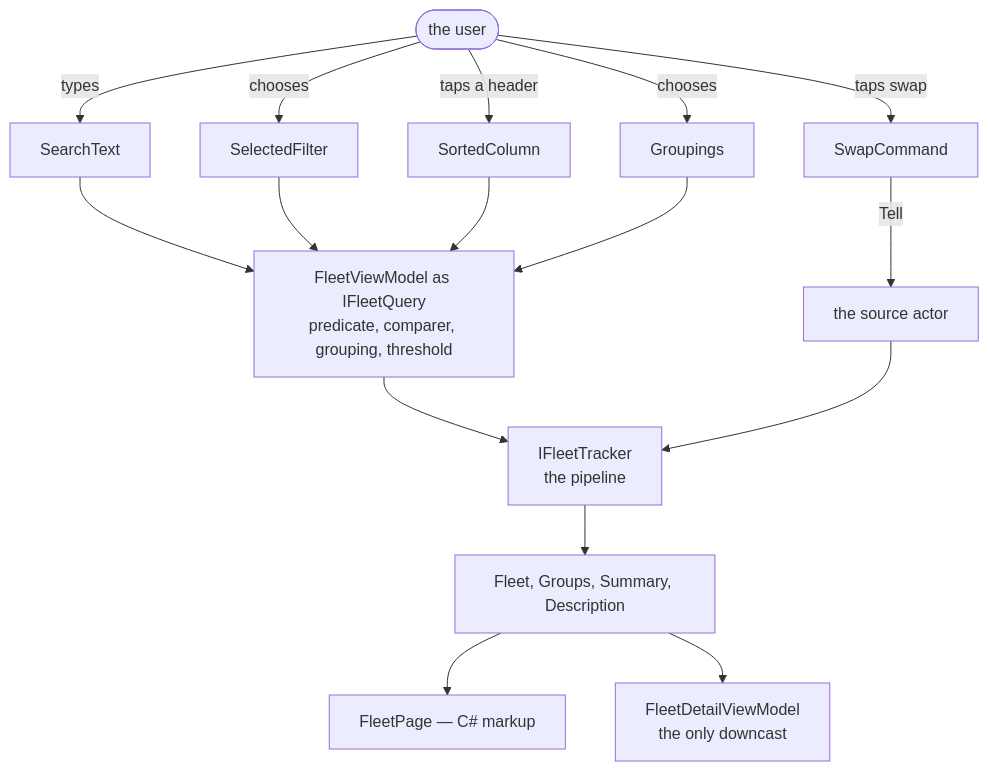
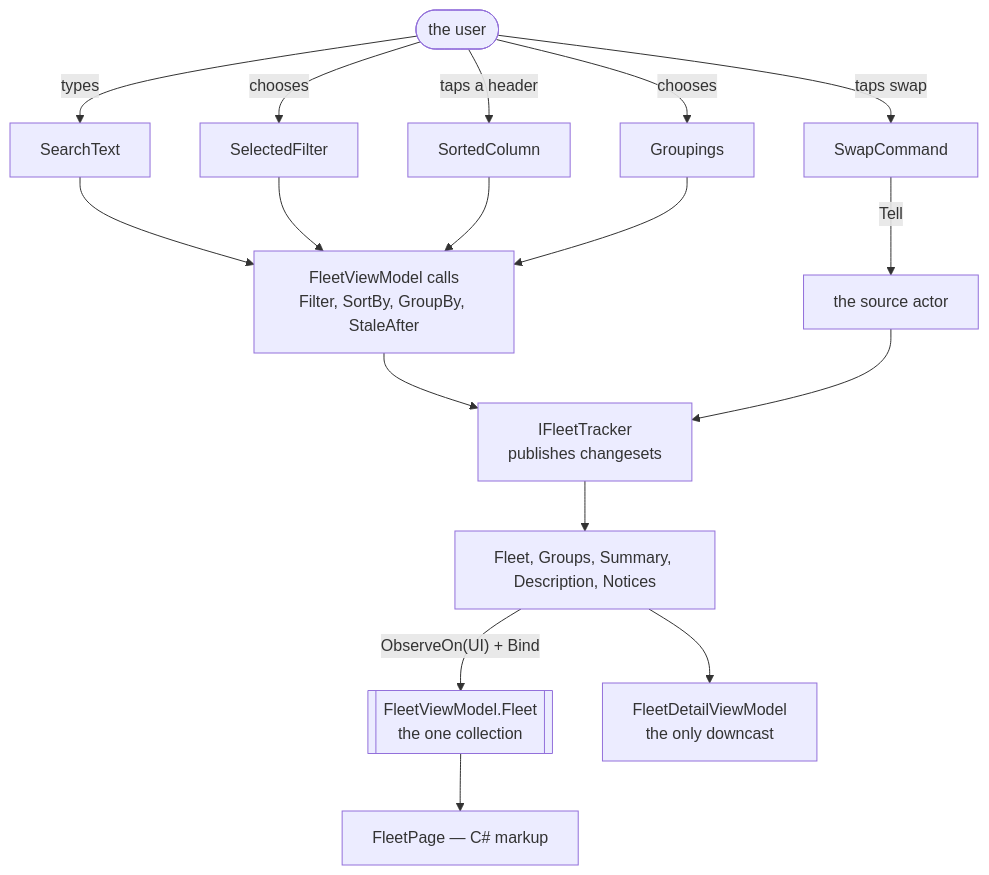
One commit to RLittlesII/Transporter changed the first of 3 diagrams in features/fleet-dashboard/.spec/README.md. Above: the diagram before and after it, drawn with Mermaid. The commit also changed other lines of this file and 16 other files, not shown here.

First line of the commit message:
docs: answer every fleet-pipeline open question, including the architecture review (#24)

````diff
--- a/features/fleet-dashboard/.spec/README.md
+++ b/features/fleet-dashboard/.spec/README.md
@@ -176,19 +195,20 @@
 ```mermaid
 flowchart TD
     user([the user])
     user -->|types| search["SearchText"]
     user -->|chooses| filter["SelectedFilter"]
     user -->|taps a header| sortedColumn["SortedColumn"]
     user -->|chooses| grouping["Groupings"]
     user -->|taps swap| command["SwapCommand"]
     search --> query
     filter --> query
     sortedColumn --> query
     grouping --> query
-    query["FleetViewModel as IFleetQuery<br/>predicate, comparer, grouping, threshold"] --> tracker
+    query["FleetViewModel calls<br/>Filter, SortBy, GroupBy, StaleAfter"] --> tracker
     command -->|Tell| actor["the source actor"]
     actor --> tracker
-    tracker["IFleetTracker<br/>the pipeline"] --> fleet["Fleet, Groups, Summary, Description"]
-    fleet --> page["FleetPage — C# markup"]
-    fleet --> detail["FleetDetailViewModel<br/>the only downcast"]
+    tracker["IFleetTracker<br/>publishes changesets"] --> streams["Fleet, Groups, Summary, Description, Notices"]
+    streams -->|"ObserveOn(UI) + Bind"| bound[["FleetViewModel.Fleet<br/>the one collection"]]
+    bound --> page["FleetPage — C# markup"]
+    streams --> detail["FleetDetailViewModel<br/>the only downcast"]
 ```
````
